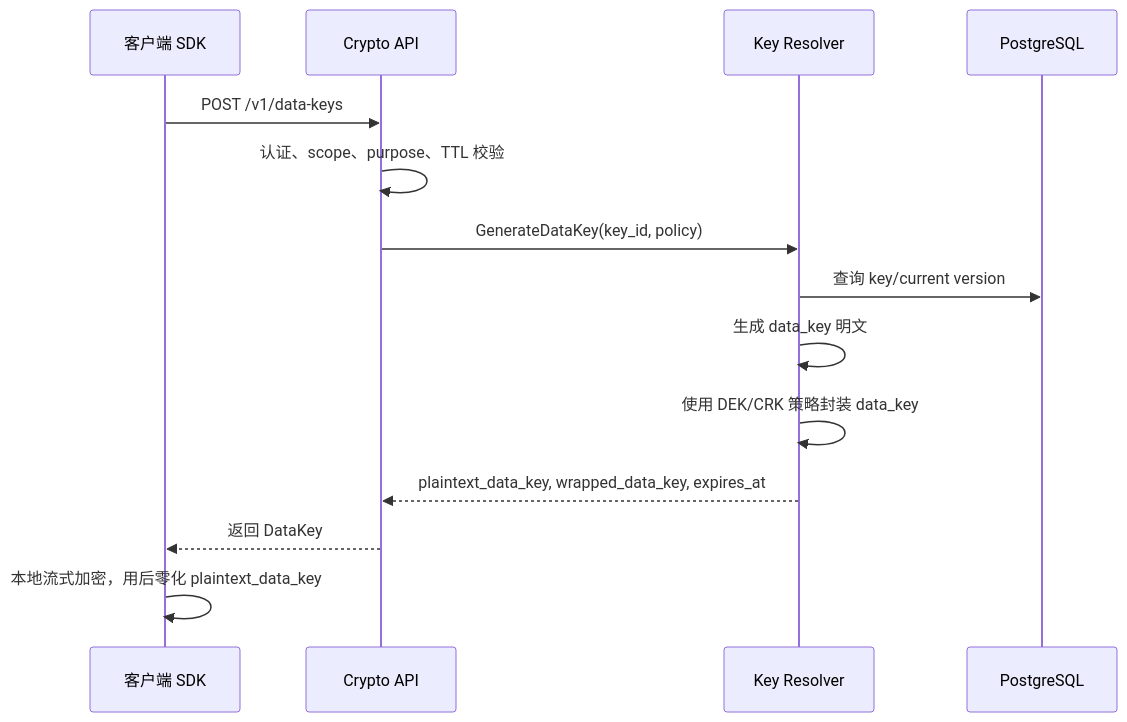
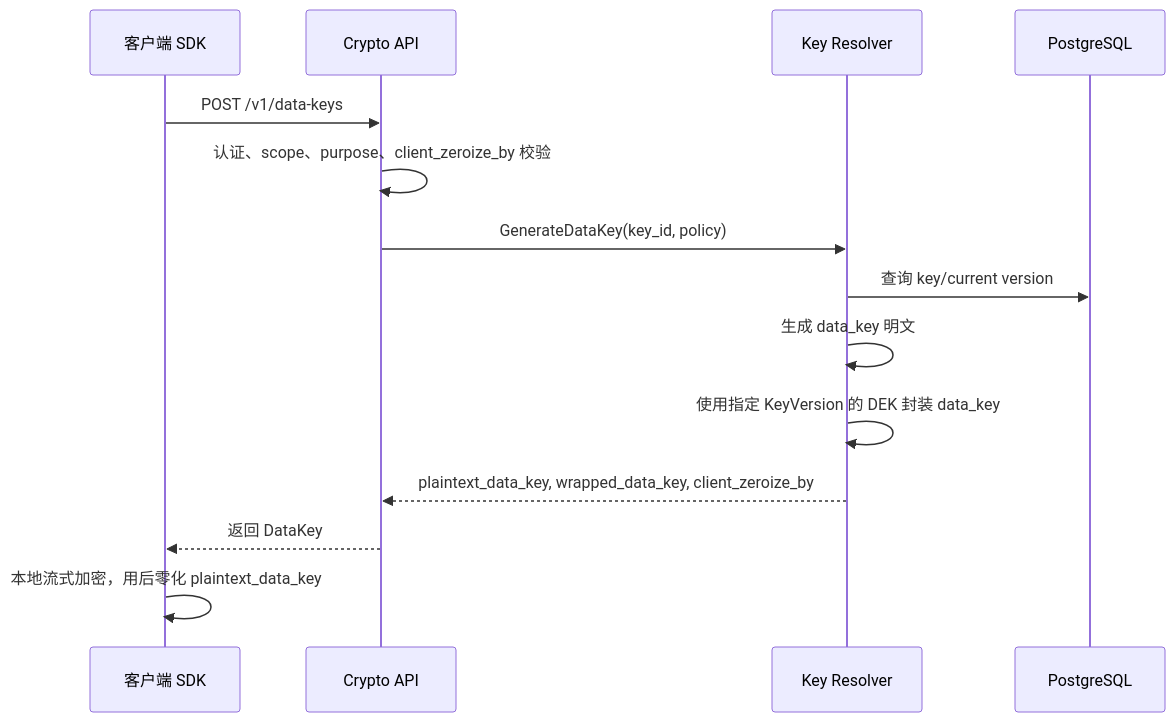
One commit to HangzeGao/trae changed diagram 14 of 30 in README.md. Above: the diagram before and after it, drawn with Mermaid. The commit also changed other lines of this file, not shown here.

````diff
--- a/README.md
+++ b/README.md
@@ -1130,17 +1135,17 @@
 ```mermaid
 sequenceDiagram
     participant SDK as 客户端 SDK
     participant API as Crypto API
     participant KR as Key Resolver
     participant DB as PostgreSQL
 
     SDK->>API: POST /v1/data-keys
-    API->>API: 认证、scope、purpose、TTL 校验
+    API->>API: 认证、scope、purpose、client_zeroize_by 校验
     API->>KR: GenerateDataKey(key_id, policy)
     KR->>DB: 查询 key/current version
     KR->>KR: 生成 data_key 明文
-    KR->>KR: 使用 DEK/CRK 策略封装 data_key
-    KR-->>API: plaintext_data_key, wrapped_data_key, expires_at
+    KR->>KR: 使用指定 KeyVersion 的 DEK 封装 data_key
+    KR-->>API: plaintext_data_key, wrapped_data_key, client_zeroize_by
     API-->>SDK: 返回 DataKey
     SDK->>SDK: 本地流式加密，用后零化 plaintext_data_key
 ```
````
